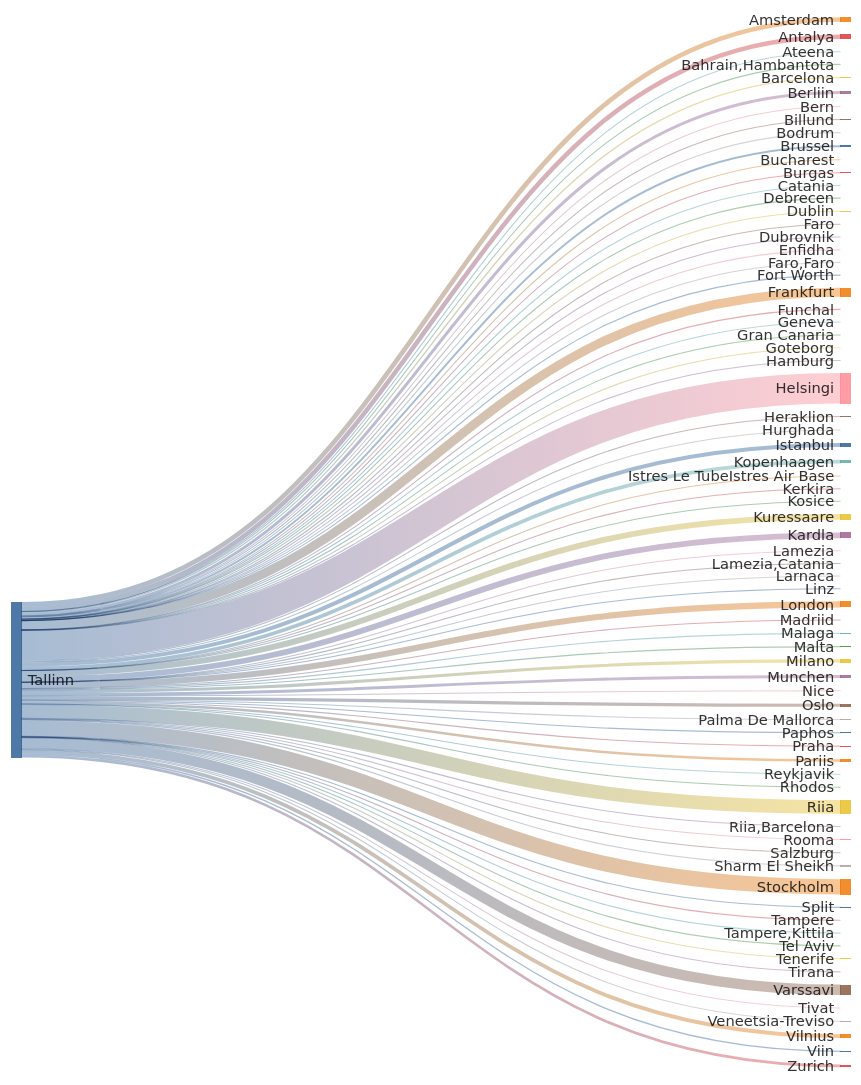
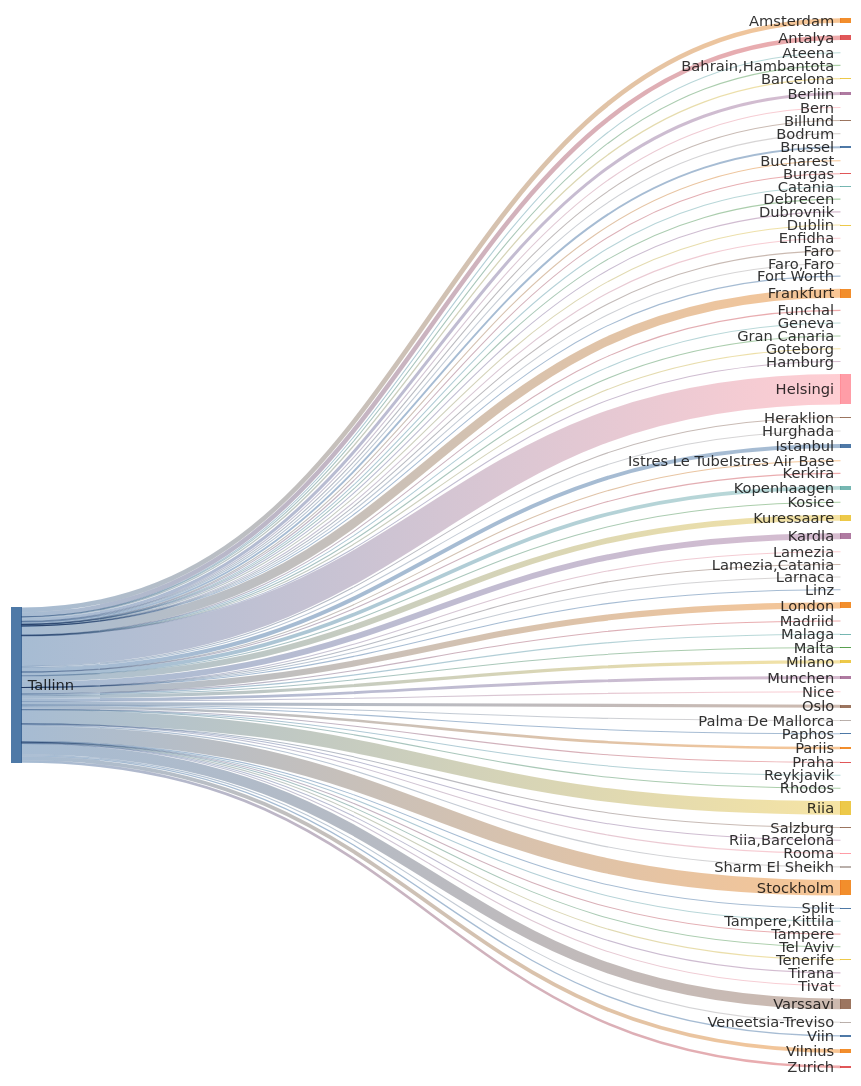
Before and after one commit to rainermesi/tll-airport-departures: the second of 2 diagrams in README.md, drawn with Mermaid. The commit also changed other lines of this file and 1 other file, not shown here.

````diff
--- a/README.md
+++ b/README.md
@@ -41,78 +41,78 @@
 ---
 sankey-beta
 %% source,target,value
-Tallinn,Amsterdam,383
+Tallinn,Amsterdam,385
 Tallinn,Antalya,370
 Tallinn,Ateena,16
 Tallinn,"Bahrain,Hambantota",1
 Tallinn,Barcelona,107
-Tallinn,Berliin,248
+Tallinn,Berliin,250
 Tallinn,Bern,1
 Tallinn,Billund,63
 Tallinn,Bodrum,11
-Tallinn,Brussel,158
+Tallinn,Brussel,159
 Tallinn,Bucharest,1
 Tallinn,Burgas,38
 Tallinn,Catania,2
 Tallinn,Debrecen,1
-Tallinn,Dublin,80
+Tallinn,Dublin,81
 Tallinn,Dubrovnik,21
 Tallinn,Enfidha,7
 Tallinn,Faro,4
 Tallinn,"Faro,Faro",1
 Tallinn,Fort Worth,1
-Tallinn,Frankfurt,733
+Tallinn,Frankfurt,736
 Tallinn,Funchal,5
 Tallinn,Geneva,13
 Tallinn,Gran Canaria,38
 Tallinn,Goteborg,1
 Tallinn,Hamburg,2
-Tallinn,Helsingi,2480
-Tallinn,Heraklion,71
+Tallinn,Helsingi,2489
+Tallinn,Heraklion,72
 Tallinn,Hurghada,75
-Tallinn,Istanbul,328
+Tallinn,Istanbul,329
 Tallinn,Istres Le TubeIstres Air Base,2
 Tallinn,Kerkira,4
-Tallinn,Kopenhaagen,304
+Tallinn,Kopenhaagen,305
 Tallinn,Kosice,1
-Tallinn,Kuressaare,476
-Tallinn,Kardla,476
+Tallinn,Kuressaare,477
+Tallinn,Kardla,477
 Tallinn,Lamezia,1
 Tallinn,"Lamezia,Catania",3
 Tallinn,Larnaca,4
 Tallinn,Linz,2
-Tallinn,London,499
+Tallinn,London,501
 Tallinn,Madriid,1
 Tallinn,Malaga,98
 Tallinn,Malta,22
-Tallinn,Milano,257
-Tallinn,Munchen,236
-Tallinn,Nice,37
-Tallinn,Oslo,256
+Tallinn,Milano,258
+Tallinn,Munchen,238
+Tallinn,Nice,38
+Tallinn,Oslo,258
 Tallinn,Palma De Mallorca,26
 Tallinn,Paphos,66
-Tallinn,Pariis,207
-Tallinn,Praha,65
+Tallinn,Pariis,208
+Tallinn,Praha,66
 Tallinn,Reykjavik,6
 Tallinn,Rhodos,45
-Tallinn,Riia,1116
+Tallinn,Riia,1120
 Tallinn,"Riia,Barcelona",1
 Tallinn,Rooma,80
 Tallinn,Salzburg,14
 Tallinn,Sharm El Sheikh,96
-Tallinn,Split,38
-Tallinn,Stockholm,1253
+Tallinn,Split,39
+Tallinn,Stockholm,1257
 Tallinn,Tampere,17
 Tallinn,"Tampere,Kittila",21
 Tallinn,Tel Aviv,1
 Tallinn,Tenerife,58
 Tallinn,Tirana,18
-Tallinn,Tivat,44
-Tallinn,Varssavi,857
+Tallinn,Tivat,45
+Tallinn,Varssavi,861
 Tallinn,Veneetsia-Treviso,67
 Tallinn,Viin,106
-Tallinn,Vilnius,306
-Tallinn,Zurich,213
+Tallinn,Vilnius,307
+Tallinn,Zurich,214
 
 
 ```
````
